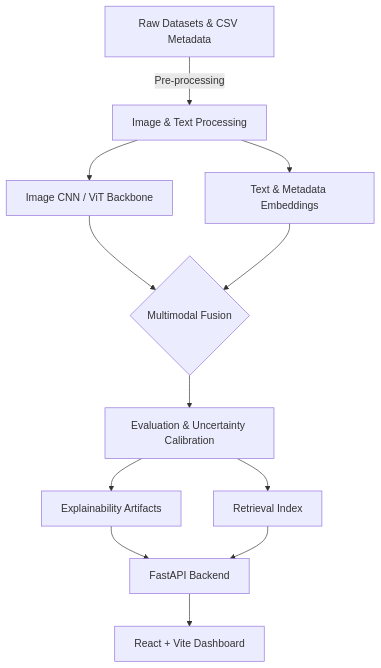
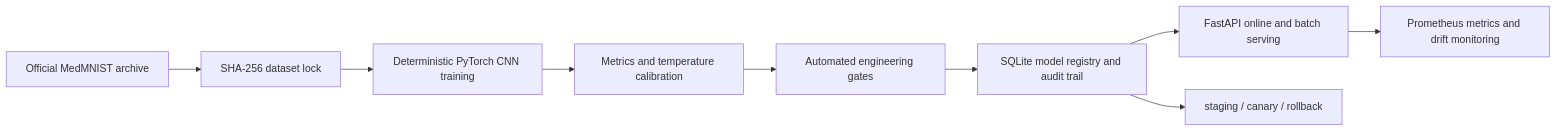
The diagram in README.md (RaghulKS/NeuroVisLab), drawn with Mermaid before and after one commit. The commit also changed other lines of this file and 42 other files, not shown here.

Commit message:
Build MedMNIST MLOps lifecycle platform

````diff
--- a/README.md
+++ b/README.md
@@ -30,14 +13,11 @@
 ```mermaid
-flowchart TD
-    A[Raw Datasets & CSV Metadata] -->|Pre-processing| B[Image & Text Processing]
-    B --> C[Image CNN / ViT Backbone]
-    B --> D[Text & Metadata Embeddings]
-    C --> E{Multimodal Fusion}
-    D --> E
-    E --> F[Evaluation & Uncertainty Calibration]
-    F --> G[Explainability Artifacts]
-    F --> H[Retrieval Index]
-    G --> I[FastAPI Backend]
-    H --> I
-    I --> J[React + Vite Dashboard]
+flowchart LR
+  D[Official MedMNIST archive] --> L[SHA-256 dataset lock]
+  L --> T[Deterministic PyTorch CNN training]
+  T --> E[Metrics and temperature calibration]
+  E --> G[Automated engineering gates]
+  G --> R[SQLite model registry and audit trail]
+  R --> S[FastAPI online and batch serving]
+  S --> M[Prometheus metrics and drift monitoring]
+  R --> C[staging / canary / rollback]
 ```
````
